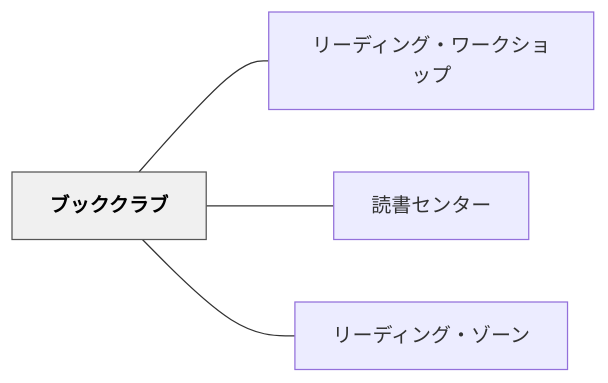
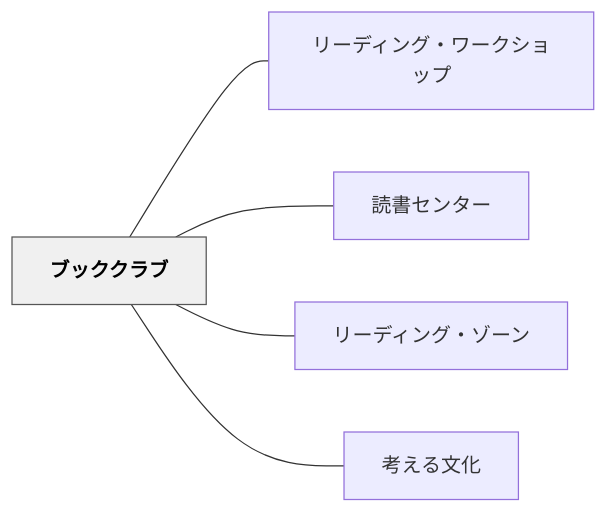
Before and after one commit to unknownthings-ed-patterns/unknownthings-ed-patterns: the diagram in content/パタン/ブッククラブ.md, drawn with Mermaid. The commit also changed other lines of this file and 100 other files, not shown here.

````diff
--- a/content/パタン/ブッククラブ.md
+++ b/content/パタン/ブッククラブ.md
@@ -176,14 +170,16 @@
 ```mermaid
 flowchart LR
     ne38396e38383e382afe382afe383a9e38396["ブッククラブ"]
     ne383aae383bce38387e382a3e383b3e382b0e383bbe383afe383bce382afe382b7e383a7e38383e38397["リーディング・ワークショップ"]
     ne8aaade69bb8e382bbe383b3e382bfe383bc["読書センター"]
     ne383aae383bce38387e382a3e383b3e382b0e383bbe382bee383bce383b3["リーディング・ゾーン"]
+    ne88083e38188e3828be69687e58c96["考える文化"]
 
     ne38396e38383e382afe382afe383a9e38396 --- ne383aae383bce38387e382a3e383b3e382b0e383bbe383afe383bce382afe382b7e383a7e38383e38397
     ne38396e38383e382afe382afe383a9e38396 --- ne8aaade69bb8e382bbe383b3e382bfe383bc
     ne38396e38383e382afe382afe383a9e38396 --- ne383aae383bce38387e382a3e383b3e382b0e383bbe382bee383bce383b3
+    ne38396e38383e382afe382afe383a9e38396 --- ne88083e38188e3828be69687e58c96
 
     classDef hub fill:#f0f0f0,stroke:#555,color:#000,font-weight:bold
     class ne38396e38383e382afe382afe383a9e38396 hub
 ```
````
